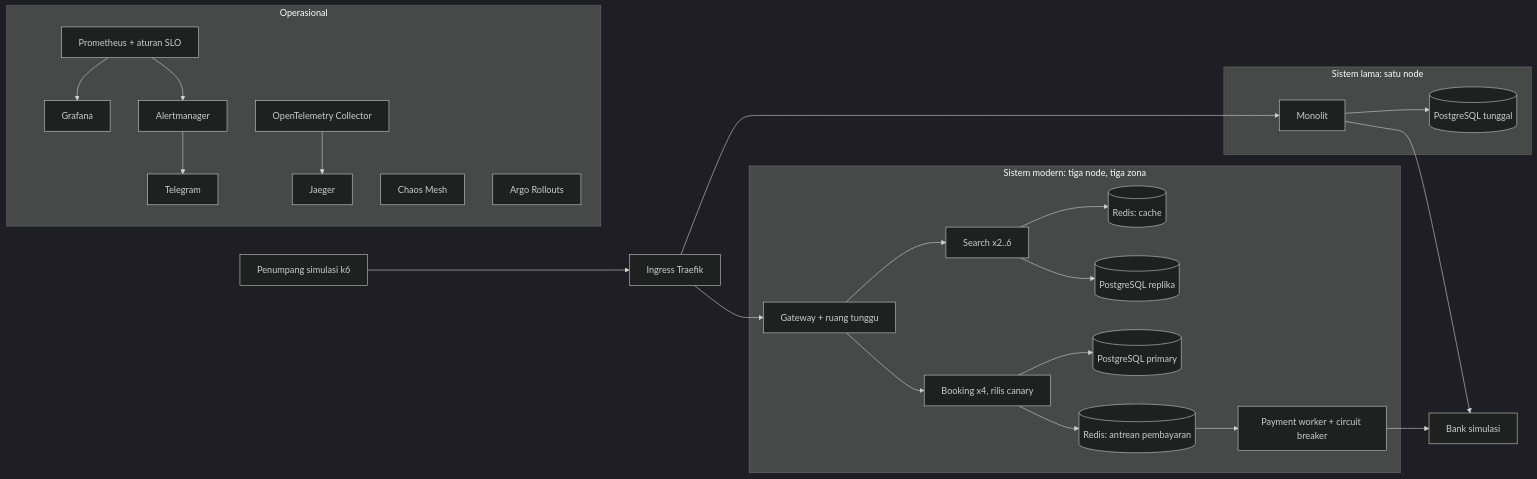
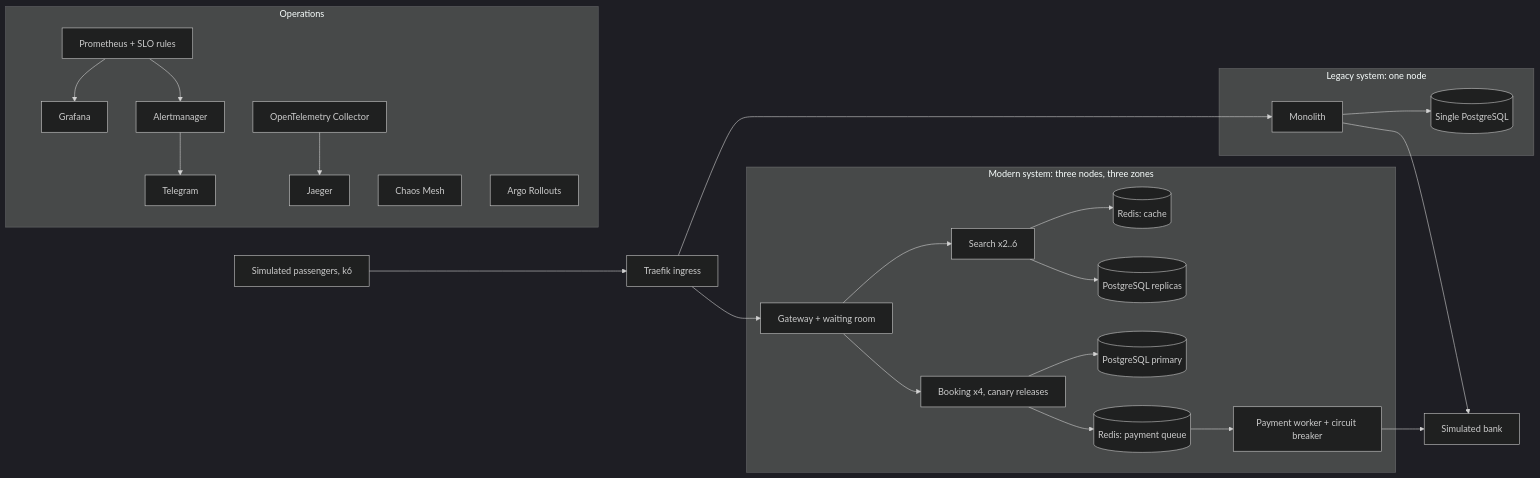
One commit to adamnugraha/kai-workshop changed the diagram in README.md. Above: the diagram before and after it, drawn with Mermaid (dark theme). The commit also changed other lines of this file and 42 other files, not shown here.

````diff
--- a/README.md
+++ b/README.md
@@ -18,27 +18,27 @@
 ```mermaid
 flowchart LR
-  K6[Penumpang simulasi k6] --> T[Ingress Traefik]
-  subgraph lama[Sistem lama: satu node]
-    M[Monolit] --> PL[(PostgreSQL tunggal)]
+  K6[Simulated passengers, k6] --> T[Traefik ingress]
+  subgraph legacy[Legacy system: one node]
+    M[Monolith] --> PL[(Single PostgreSQL)]
   end
-  subgraph modern[Sistem modern: tiga node, tiga zona]
-    G[Gateway + ruang tunggu] --> S[Search x2..6]
-    G --> B[Booking x4, rilis canary]
+  subgraph modern[Modern system: three nodes, three zones]
+    G[Gateway + waiting room] --> S[Search x2..6]
+    G --> B[Booking x4, canary releases]
     S --> R[(Redis: cache)]
-    S --> RO[(PostgreSQL replika)]
+    S --> RO[(PostgreSQL replicas)]
     B --> RW[(PostgreSQL primary)]
-    B --> Q[(Redis: antrean pembayaran)]
+    B --> Q[(Redis: payment queue)]
     Q --> W[Payment worker + circuit breaker]
   end
   T --> M
   T --> G
-  M --> BANK[Bank simulasi]
+  M --> BANK[Simulated bank]
   W --> BANK
-  subgraph ops[Operasional]
-    P[Prometheus + aturan SLO] --> GR[Grafana]
+  subgraph ops[Operations]
+    P[Prometheus + SLO rules] --> GR[Grafana]
     P --> AM[Alertmanager] --> TG[Telegram]
     O[OpenTelemetry Collector] --> J[Jaeger]
     C[Chaos Mesh]
     AR[Argo Rollouts]
   end
 ```
````
